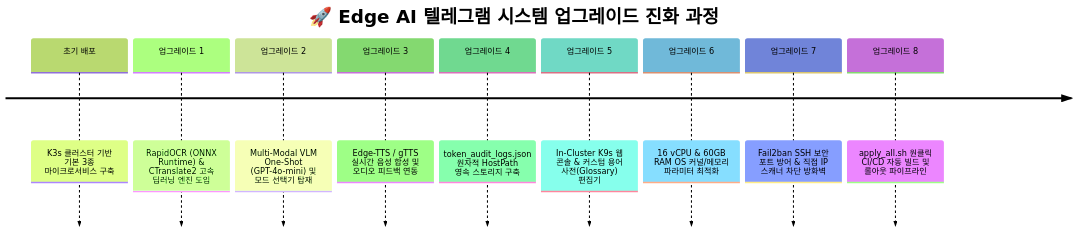
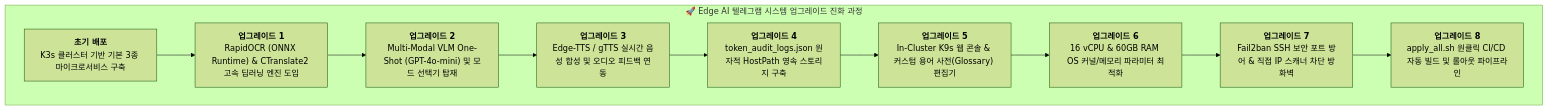
One commit to ttlojs-john/Technical-Notes changed the diagram in content/Edge_AI/04_upgrades_and_evolution.md. Above: the diagram before and after it, drawn with Mermaid (forest theme). The commit also changed other lines of this file and 112 other files, not shown here.

Commit message:
fix(mermaid): fix Mermaid v11.4.0 syntax errors in eBPF report and sync updated content docs

````diff
--- a/content/Edge_AI/04_upgrades_and_evolution.md
+++ b/content/Edge_AI/04_upgrades_and_evolution.md
@@ -24,13 +31,22 @@
 ```mermaid
-timeline
-    title 🚀 Edge AI 텔레그램 시스템 업그레이드 진화 과정
-    초기 배포 : K3s 클러스터 기반 기본 3종 마이크로서비스 구축
-    업그레이드 1 : RapidOCR (ONNX Runtime) & CTranslate2 고속 딥러닝 엔진 도입
-    업그레이드 2 : Multi-Modal VLM One-Shot (GPT-4o-mini) 및 모드 선택기 탑재
-    업그레이드 3 : Edge-TTS / gTTS 실시간 음성 합성 및 오디오 피드백 연동
-    업그레이드 4 : token_audit_logs.json 원자적 HostPath 영속 스토리지 구축
-    업그레이드 5 : In-Cluster K9s 웹 콘솔 & 커스텀 용어 사전(Glossary) 편집기
-    업그레이드 6 : 16 vCPU & 60GB RAM OS 커널/메모리 파라미터 최적화
-    업그레이드 7 : Fail2ban SSH 보안 포트 방어 & 직접 IP 스캐너 차단 방화벽
-    업그레이드 8 : apply_all.sh 원클릭 CI/CD 자동 빌드 및 롤아웃 파이프라인
+flowchart TD
+    subgraph Timeline ["🚀 Edge AI 텔레그램 시스템 업그레이드 진화 과정"]
+        Step0["<b>초기 배포</b><br/>K3s 클러스터 기반 기본 3종 마이크로서비스 구축"]
+        Step1["<b>업그레이드 1</b><br/>RapidOCR (ONNX Runtime) & CTranslate2 고속 딥러닝 엔진 도입"]
+        Step0 --> Step1
+        Step2["<b>업그레이드 2</b><br/>Multi-Modal VLM One-Shot (GPT-4o-mini) 및 모드 선택기 탑재"]
+        Step1 --> Step2
+        Step3["<b>업그레이드 3</b><br/>Edge-TTS / gTTS 실시간 음성 합성 및 오디오 피드백 연동"]
+        Step2 --> Step3
+        Step4["<b>업그레이드 4</b><br/>token_audit_logs.json 원자적 HostPath 영속 스토리지 구축"]
+        Step3 --> Step4
+        Step5["<b>업그레이드 5</b><br/>In-Cluster K9s 웹 콘솔 & 커스텀 용어 사전(Glossary) 편집기"]
+        Step4 --> Step5
+        Step6["<b>업그레이드 6</b><br/>16 vCPU & 60GB RAM OS 커널/메모리 파라미터 최적화"]
+        Step5 --> Step6
+        Step7["<b>업그레이드 7</b><br/>Fail2ban SSH 보안 포트 방어 & 직접 IP 스캐너 차단 방화벽"]
+        Step6 --> Step7
+        Step8["<b>업그레이드 8</b><br/>apply_all.sh 원클릭 CI/CD 자동 빌드 및 롤아웃 파이프라인"]
+        Step7 --> Step8
+    end
 ```
````
